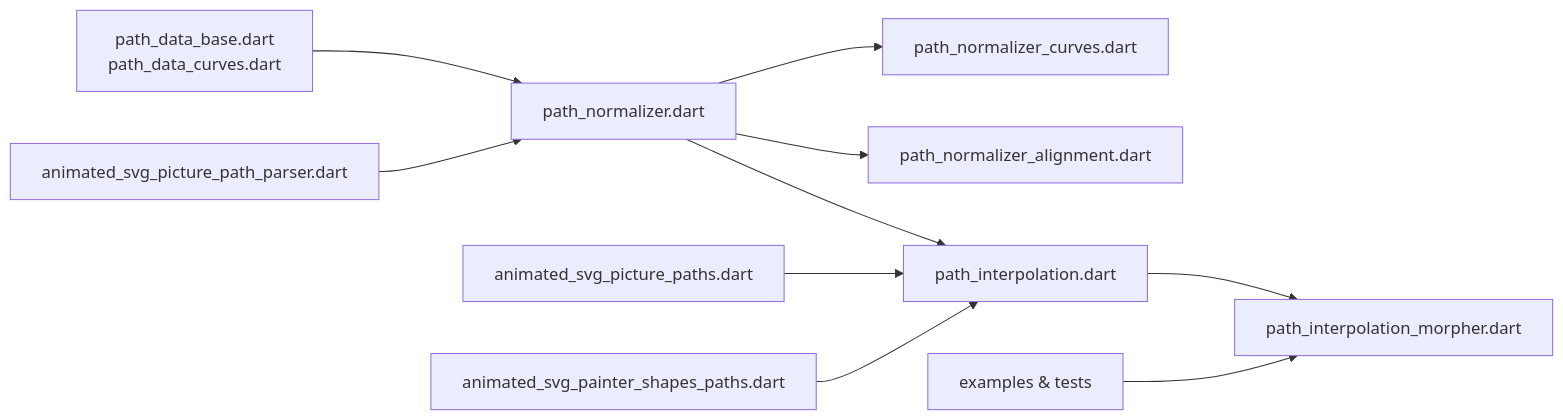
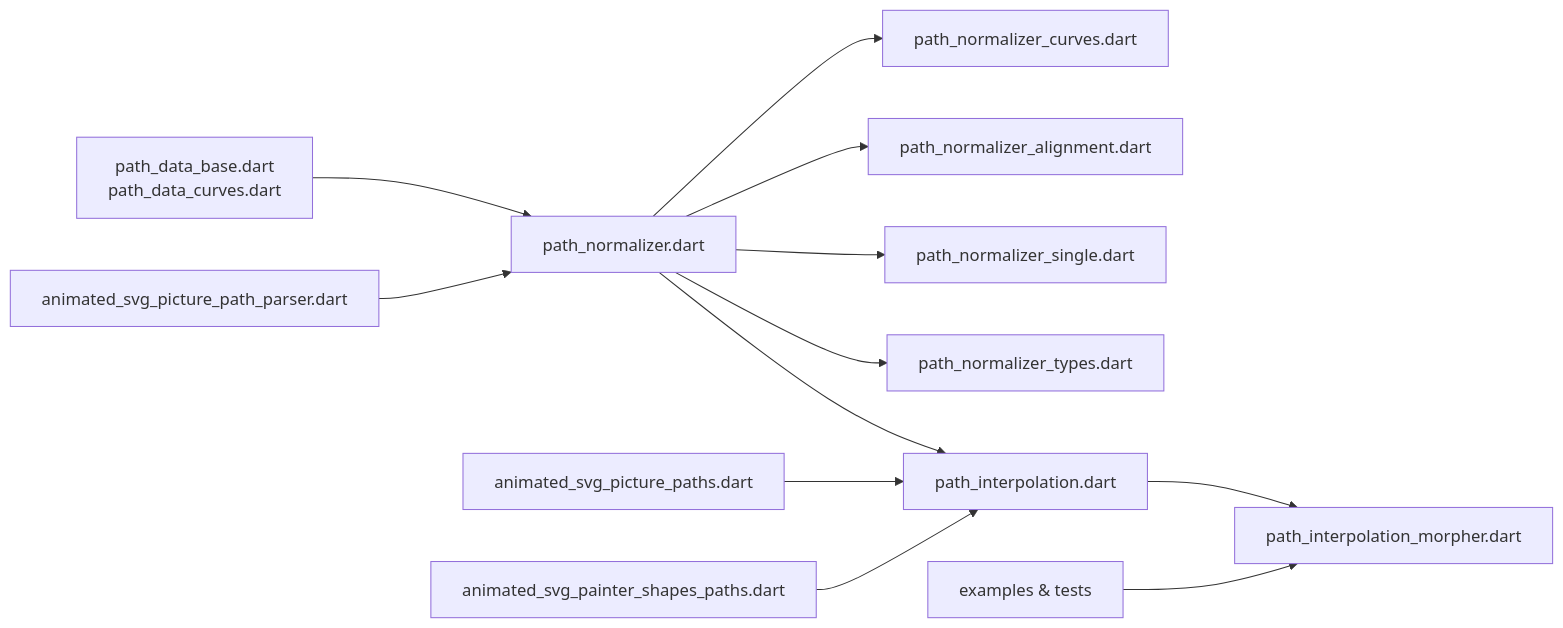
The eighth of 8 diagrams in .qoder/repowiki/en/content/Animated SVG Support/Advanced Animation Features/Path Morphing and Shape Interpolation.md (denisnadey/flutter_full_svg_support), drawn with Mermaid before and after one commit. The commit also changed other lines of this file and 629 other files, not shown here.

````diff
--- a/.qoder/repowiki/en/content/Animated SVG Support/Advanced Animation Features/Path Morphing and Shape Interpolation.md
+++ b/.qoder/repowiki/en/content/Animated SVG Support/Advanced Animation Features/Path Morphing and Shape Interpolation.md
@@ -432,12 +441,14 @@
 ```mermaid
 graph LR
 PD["path_data_base.dart<br/>path_data_curves.dart"] --> PN["path_normalizer.dart"]
 PN --> PNC["path_normalizer_curves.dart"]
 PN --> PNA["path_normalizer_alignment.dart"]
+PN --> PNS["path_normalizer_single.dart"]
+PN --> PNT["path_normalizer_types.dart"]
 PN --> PI["path_interpolation.dart"]
 PI --> PM["path_interpolation_morpher.dart"]
 PPAR["animated_svg_picture_path_parser.dart"] --> PN
 PPATH["animated_svg_picture_paths.dart"] --> PI
 PAINT["animated_svg_painter_shapes_paths.dart"] --> PI
 EX["examples & tests"] --> PM
 ```
````
